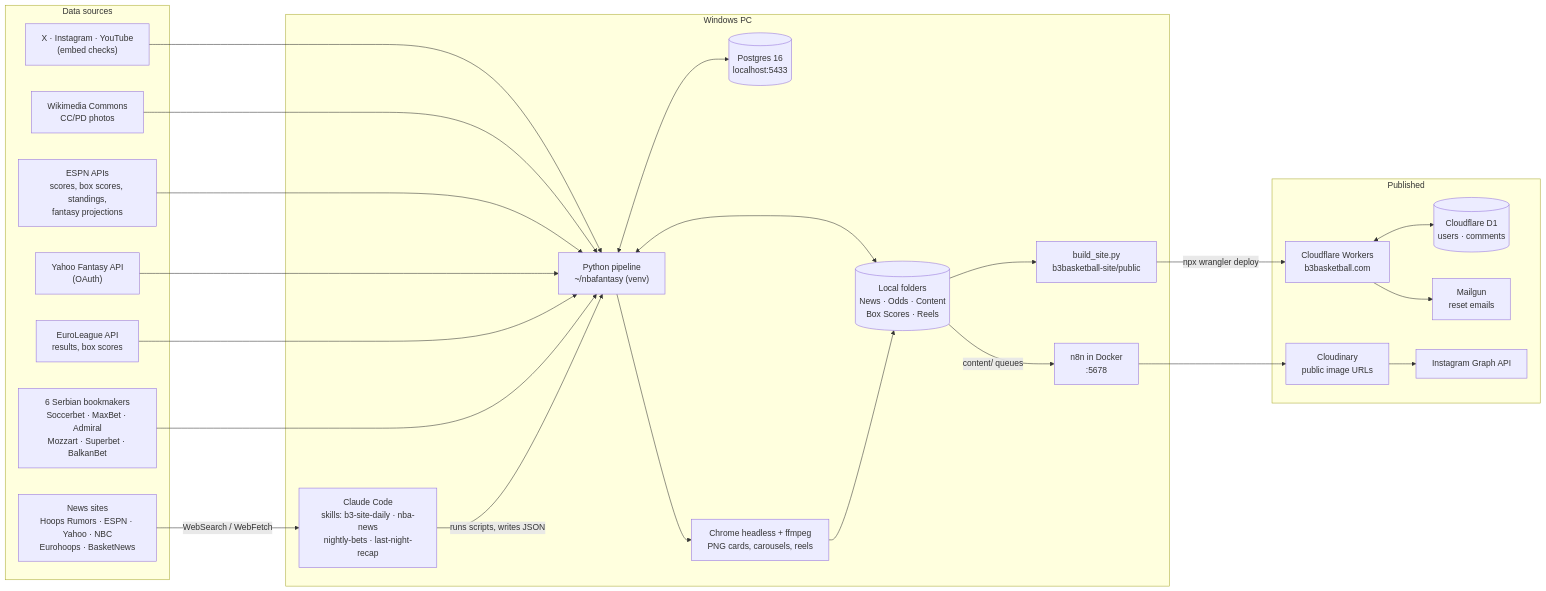
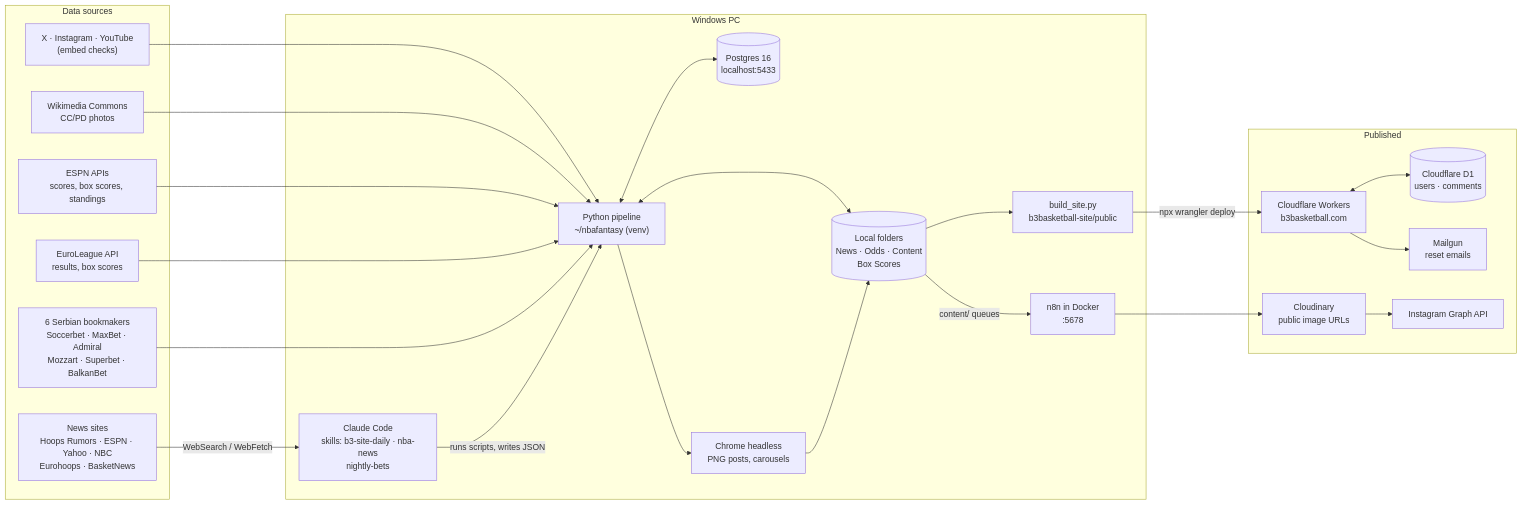
The first of 6 diagrams in docs/ARCHITECTURE.md (branislavzoric/nbafantasy), drawn with Mermaid before and after one commit. The commit also changed other lines of this file and 82 other files, not shown here.

First line of the commit message:
Remove fantasy basketball work, recap reels and old experiments

````diff
--- a/docs/ARCHITECTURE.md
+++ b/docs/ARCHITECTURE.md
@@ -37,43 +37,41 @@
 ```mermaid
 flowchart LR
   subgraph SRC["Data sources"]
-    ESPN["ESPN APIs<br/>scores, box scores, standings,<br/>fantasy projections"]
-    YAH["Yahoo Fantasy API<br/>(OAuth)"]
+    ESPN["ESPN APIs<br/>scores, box scores, standings"]
     EL["EuroLeague API<br/>results, box scores"]
     BK["6 Serbian bookmakers<br/>Soccerbet · MaxBet · Admiral<br/>Mozzart · Superbet · BalkanBet"]
     NEWS["News sites<br/>Hoops Rumors · ESPN · Yahoo · NBC<br/>Eurohoops · BasketNews"]
     WM["Wikimedia Commons<br/>CC/PD photos"]
     SOC["X · Instagram · YouTube<br/>(embed checks)"]
   end
   subgraph PC["Windows PC"]
-    CC["Claude Code<br/>skills: b3-site-daily · nba-news<br/>nightly-bets · last-night-recap"]
+    CC["Claude Code<br/>skills: b3-site-daily · nba-news<br/>nightly-bets"]
     PY["Python pipeline<br/>~/nbafantasy (venv)"]
     PG[("Postgres 16<br/>localhost:5433")]
-    FS[("Local folders<br/>News · Odds · Content<br/>Box Scores · Reels")]
-    REN["Chrome headless + ffmpeg<br/>PNG cards, carousels, reels"]
+    FS[("Local folders<br/>News · Odds · Content<br/>Box Scores")]
+    REN["Chrome headless<br/>PNG posts, carousels"]
     N8N["n8n in Docker<br/>:5678"]
     SITE["build_site.py<br/>b3basketball-site/public"]
   end
   subgraph OUT["Published"]
     CF["Cloudflare Workers<br/>b3basketball.com"]
     D1[("Cloudflare D1<br/>users · comments")]
     MG["Mailgun<br/>reset emails"]
     CLD["Cloudinary<br/>public image URLs"]
     IG["Instagram Graph API"]
   end
   NEWS -->|WebSearch / WebFetch| CC
   SOC --> PY
   WM --> PY
   ESPN --> PY
-  YAH --> PY
   EL --> PY
   BK --> PY
   CC -->|runs scripts, writes JSON| PY
   PY <--> PG
   PY <--> FS
   PY --> REN --> FS
   FS --> SITE -->|npx wrangler deploy| CF
   CF <--> D1
   CF --> MG
   FS -->|content/ queues| N8N --> CLD --> IG
 ```
````
